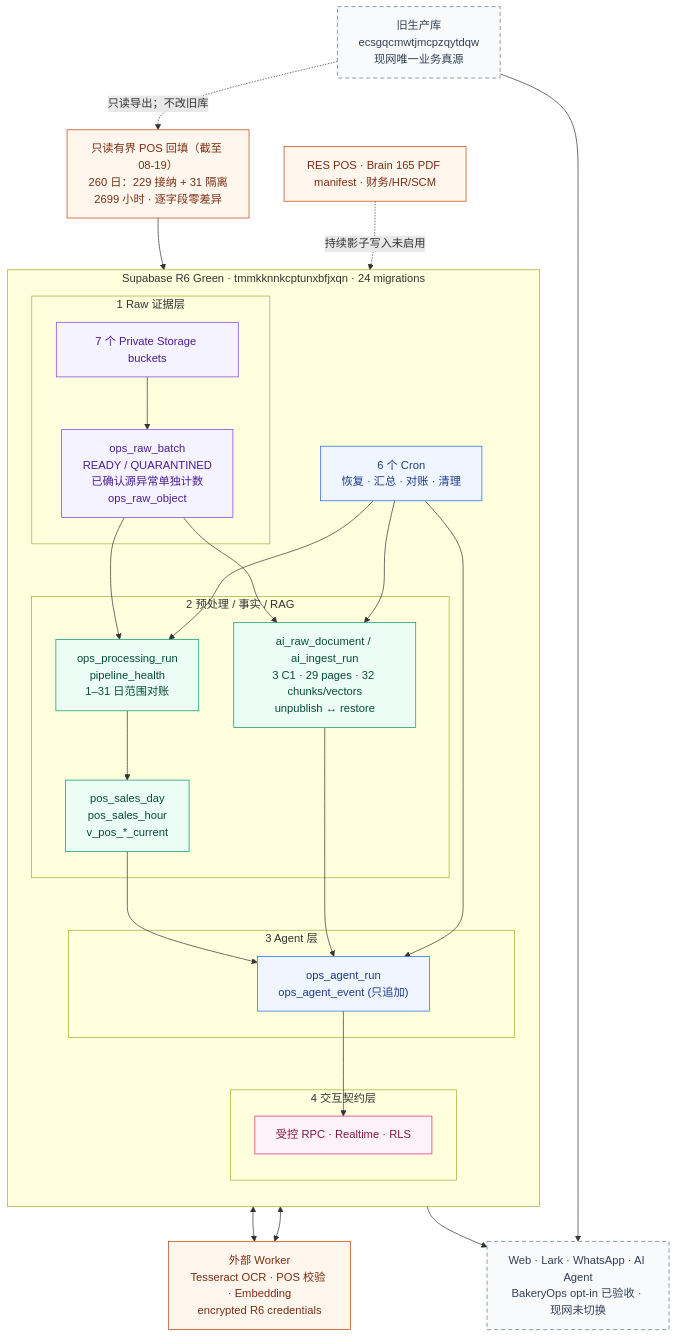
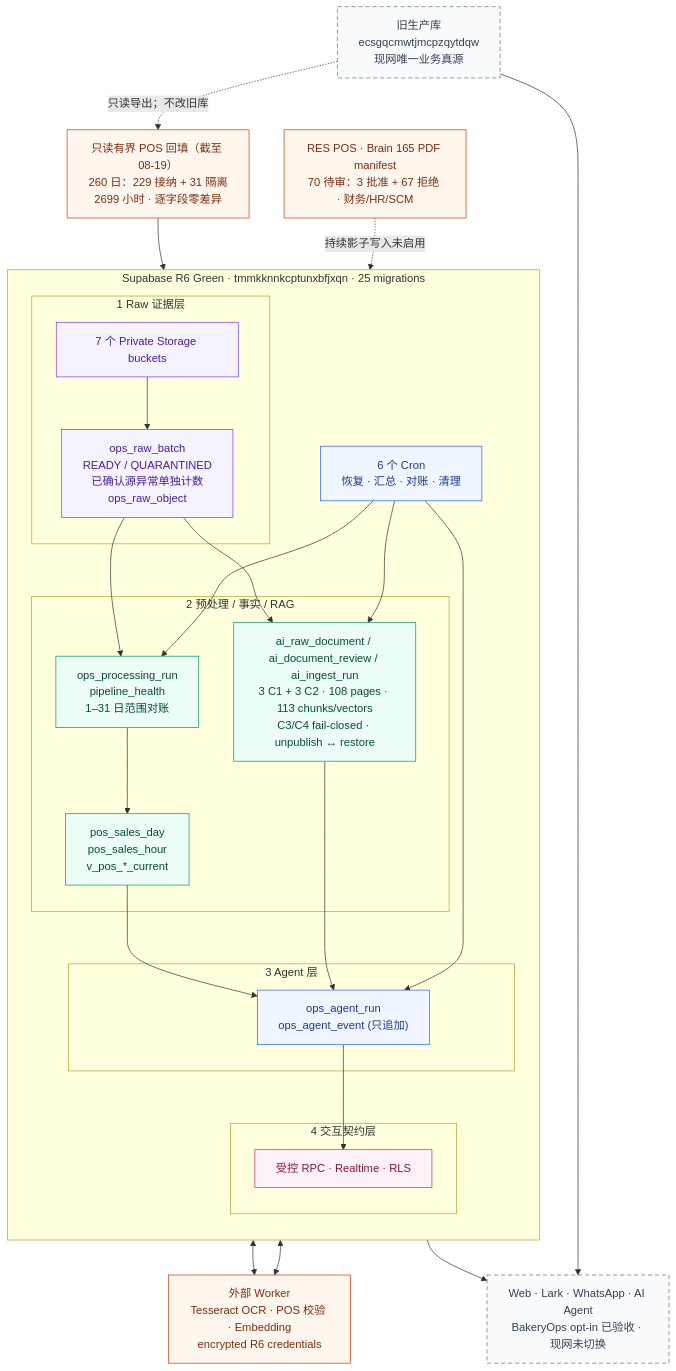
One commit to AlgerSSS/bakery-ops changed the diagram in docs/database/diagrams/hotcrush-r6-green-blueprint.mmd. Above: the diagram before and after it, drawn with Mermaid. The commit also changed 14 other files, not shown here.

Commit message:
feat: add audited R6 document review workflow

```diff
--- a/docs/database/diagrams/hotcrush-r6-green-blueprint.mmd
+++ b/docs/database/diagrams/hotcrush-r6-green-blueprint.mmd
@@ -1,49 +1,49 @@
 flowchart TB
   classDef source fill:#fff7ed,stroke:#c2410c,color:#7c2d12
   classDef raw fill:#f5f3ff,stroke:#7c3aed,color:#4c1d95
   classDef processed fill:#ecfdf5,stroke:#059669,color:#064e3b
   classDef agent fill:#eff6ff,stroke:#2563eb,color:#1e3a8a
   classDef ui fill:#fdf2f8,stroke:#db2777,color:#831843
   classDef frozen fill:#f8fafc,stroke:#64748b,color:#334155,stroke-dasharray: 6 4
 
   OLD["旧生产库<br/>ecsgqcmwtjmcpzqytdqw<br/>现网唯一业务真源"]:::frozen
   BACKFILL["只读有界 POS 回填（截至 08-19）<br/>260 日：229 接纳 + 31 隔离<br/>2699 小时 · 逐字段零差异"]:::source
-  SOURCES["RES POS · Brain 165 PDF manifest · 财务/HR/SCM"]:::source
+  SOURCES["RES POS · Brain 165 PDF manifest<br/>70 待审：3 批准 + 67 拒绝 · 财务/HR/SCM"]:::source
 
-  subgraph R6["Supabase R6 Green · tmmkknnkcptunxbfjxqn · 24 migrations"]
+  subgraph R6["Supabase R6 Green · tmmkknnkcptunxbfjxqn · 25 migrations"]
     direction TB
     subgraph L1["1  Raw 证据层"]
       STORAGE["7 个 Private Storage buckets"]:::raw
       RAW["ops_raw_batch<br/>READY / QUARANTINED<br/>已确认源异常单独计数<br/>ops_raw_object"]:::raw
     end
     subgraph L2["2  预处理 / 事实 / RAG"]
       RUN["ops_processing_run<br/>pipeline_health<br/>1–31 日范围对账"]:::processed
       POS["pos_sales_day<br/>pos_sales_hour<br/>v_pos_*_current"]:::processed
-      RAG["ai_raw_document / ai_ingest_run<br/>3 C1 · 29 pages · 32 chunks/vectors<br/>unpublish ↔ restore"]:::processed
+      RAG["ai_raw_document / ai_document_review / ai_ingest_run<br/>3 C1 + 3 C2 · 108 pages · 113 chunks/vectors<br/>C3/C4 fail-closed · unpublish ↔ restore"]:::processed
     end
     subgraph L3["3  Agent 层"]
       AGENT["ops_agent_run<br/>ops_agent_event (只追加)"]:::agent
     end
     subgraph L4["4  交互契约层"]
       API["受控 RPC · Realtime · RLS"]:::ui
     end
     CRON["6 个 Cron<br/>恢复 · 汇总 · 对账 · 清理"]:::agent
   end
 
   WORKER["外部 Worker<br/>Tesseract OCR · POS 校验 · Embedding<br/>encrypted R6 credentials"]:::source
   USERS["Web · Lark · WhatsApp · AI Agent<br/>BakeryOps opt-in 已验收 · 现网未切换"]:::frozen
 
   SOURCES -. "持续影子写入未启用" .-> STORAGE
   OLD -. "只读导出；不改旧库" .-> BACKFILL --> STORAGE
   STORAGE --> RAW --> RUN
   RUN <--> WORKER
   RUN --> POS
   RAW --> RAG
   RAG <--> WORKER
   POS --> AGENT
   RAG --> AGENT
   AGENT --> API --> USERS
   CRON --> RUN
   CRON --> RAG
   CRON --> AGENT
   OLD --> USERS
```
